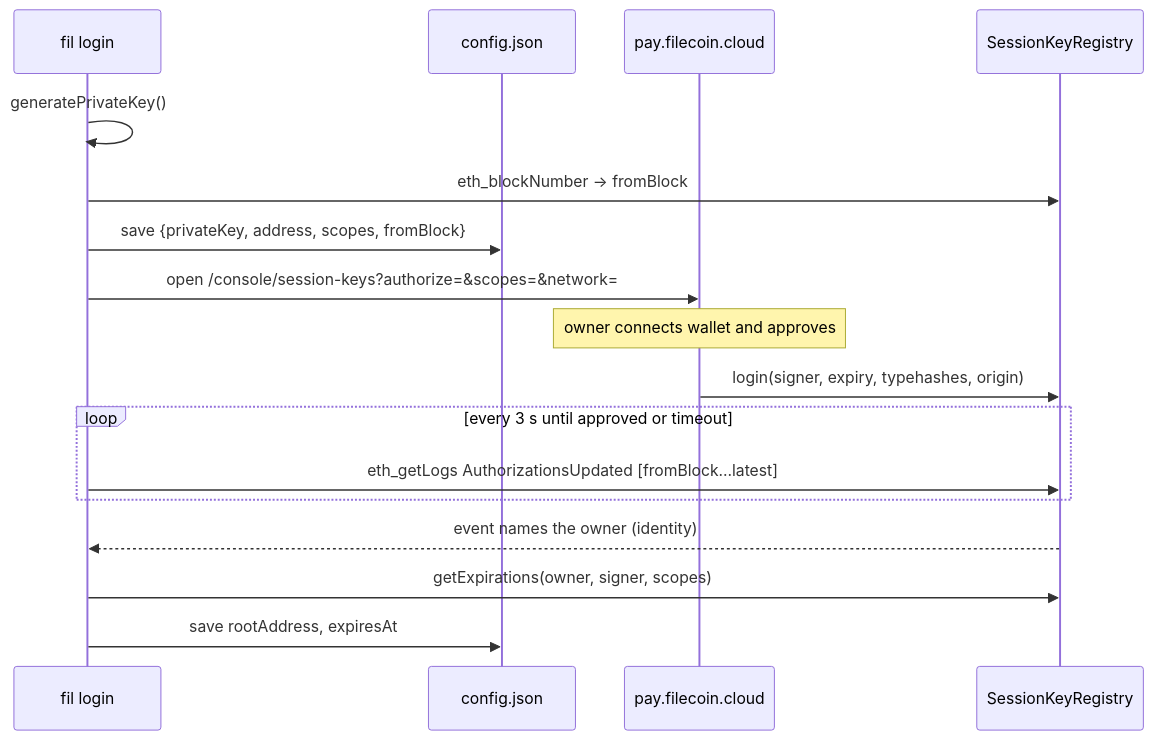
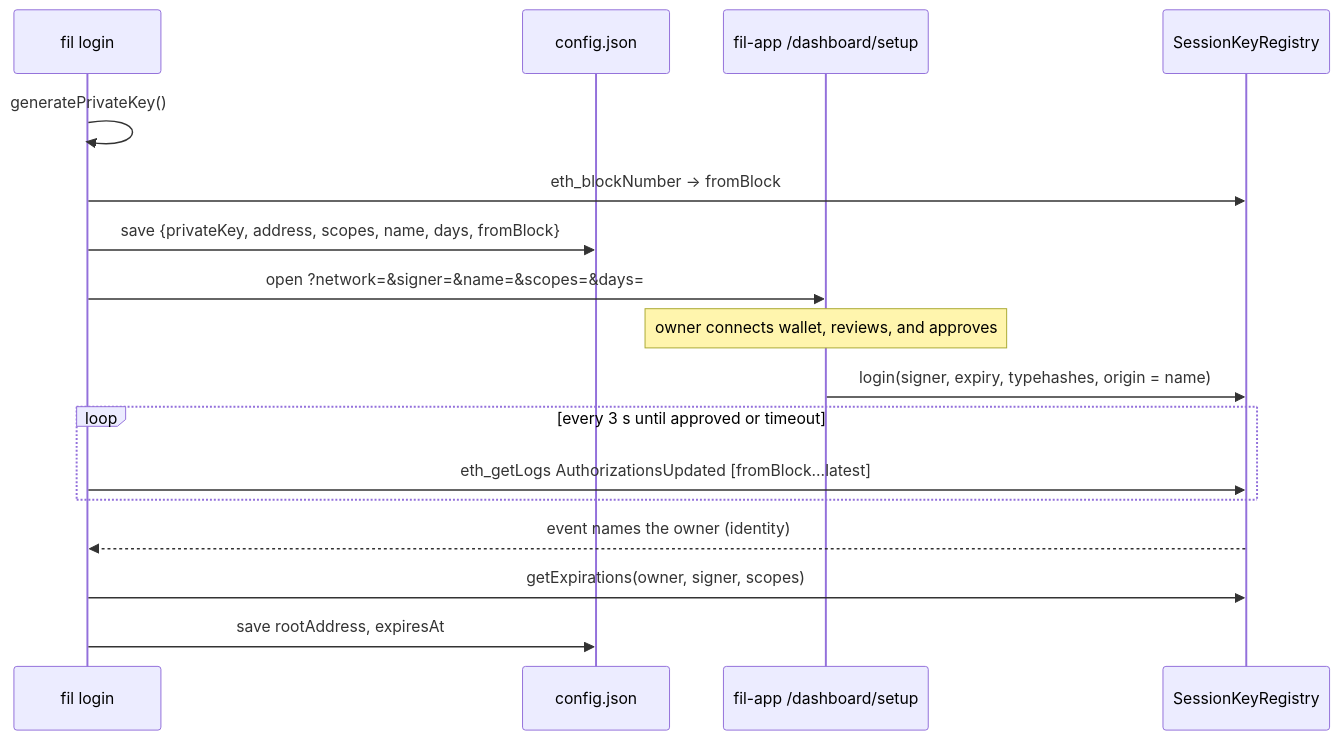
Before and after one commit to hugomrdias/fil: the second of 3 diagrams in docs/fil/architecture.md, drawn with Mermaid. The commit also changed other lines of this file and 28 other files, not shown here.

First line of the commit message:
feat: approve fil login keys and funding on a fil-app setup page (#35)

````diff
--- a/docs/fil/architecture.md
+++ b/docs/fil/architecture.md
@@ -117,20 +119,20 @@
 ```mermaid
 sequenceDiagram
   participant CLI as fil login
   participant Cfg as config.json
-  participant Console as pay.filecoin.cloud
+  participant App as fil-app /dashboard/setup
   participant Reg as SessionKeyRegistry
 
   CLI->>CLI: generatePrivateKey()
   CLI->>Reg: eth_blockNumber → fromBlock
-  CLI->>Cfg: save {privateKey, address, scopes, fromBlock}
-  CLI->>Console: open /console/session-keys?authorize=&scopes=&network=
-  Note over Console: owner connects wallet and approves
-  Console->>Reg: login(signer, expiry, typehashes, origin)
+  CLI->>Cfg: save {privateKey, address, scopes, name, days, fromBlock}
+  CLI->>App: open ?network=&signer=&name=&scopes=&days=
+  Note over App: owner connects wallet, reviews, and approves
+  App->>Reg: login(signer, expiry, typehashes, origin = name)
   loop every 3 s until approved or timeout
     CLI->>Reg: eth_getLogs AuthorizationsUpdated [fromBlock…latest]
   end
   Reg-->>CLI: event names the owner (identity)
   CLI->>Reg: getExpirations(owner, signer, scopes)
   CLI->>Cfg: save rootAddress, expiresAt
 ```
````
